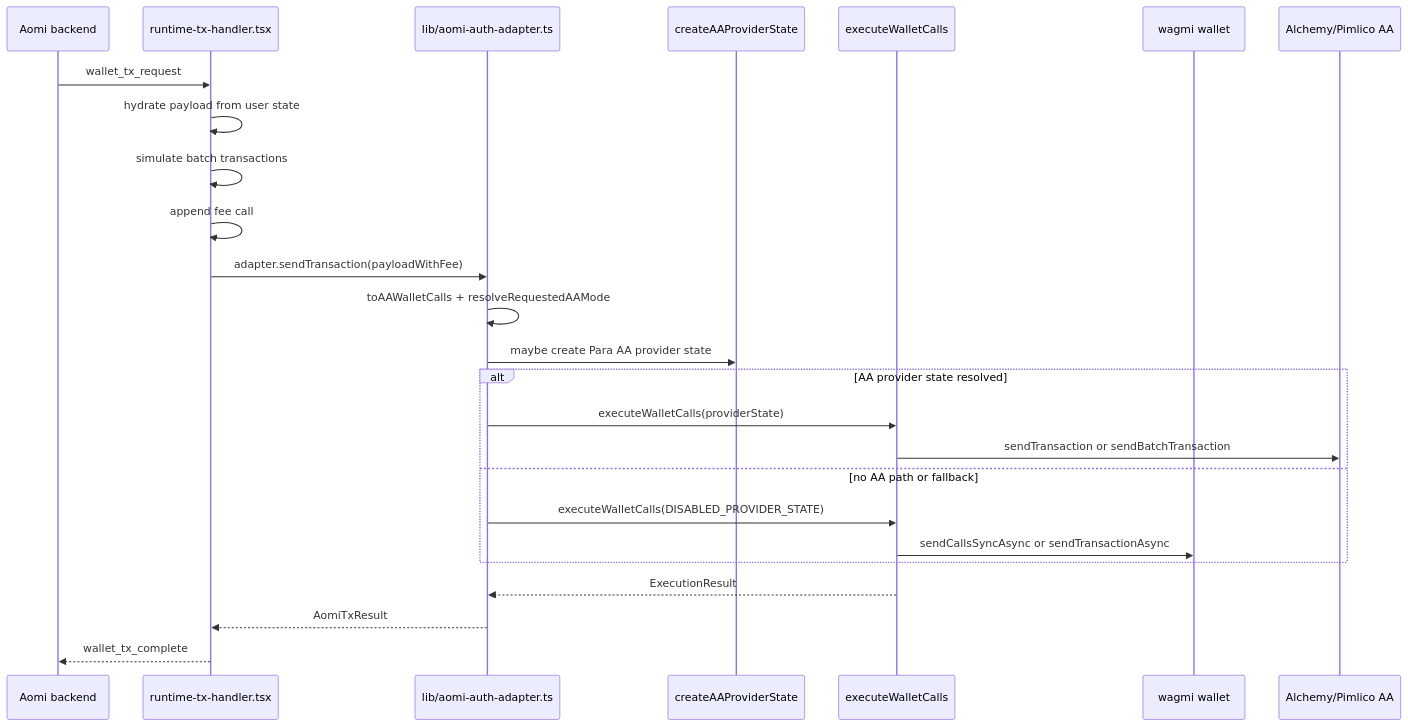
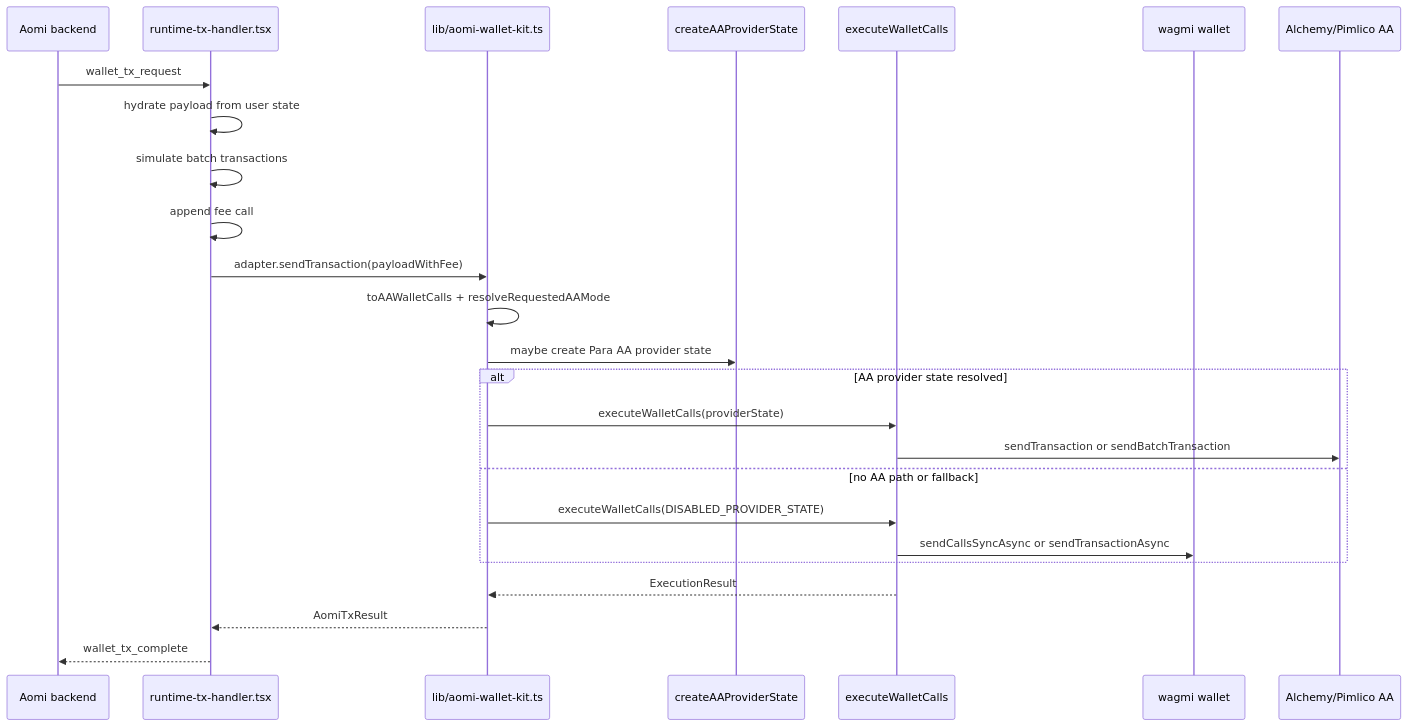
One commit to aomi-labs/aomi-widget changed the eighth of 24 diagrams in specs/WALLET-ADAPTERS-ARCH.md. Above: the diagram before and after it, drawn with Mermaid. The commit also changed other lines of this file and 200 other files, not shown here.

````diff
--- a/specs/WALLET-ADAPTERS-ARCH.md
+++ b/specs/WALLET-ADAPTERS-ARCH.md
@@ -561,28 +561,28 @@
 ```mermaid
 sequenceDiagram
   participant Backend as Aomi backend
   participant Runtime as runtime-tx-handler.tsx
-  participant Legacy as lib/aomi-auth-adapter.ts
+  participant Legacy as lib/aomi-wallet-kit.ts
   participant ParaAA as createAAProviderState
   participant Execute as executeWalletCalls
   participant Wallet as wagmi wallet
   participant Bundler as Alchemy/Pimlico AA
 
   Backend->>Runtime: wallet_tx_request
   Runtime->>Runtime: hydrate payload from user state
   Runtime->>Runtime: simulate batch transactions
   Runtime->>Runtime: append fee call
   Runtime->>Legacy: adapter.sendTransaction(payloadWithFee)
   Legacy->>Legacy: toAAWalletCalls + resolveRequestedAAMode
   Legacy->>ParaAA: maybe create Para AA provider state
   alt AA provider state resolved
     Legacy->>Execute: executeWalletCalls(providerState)
     Execute->>Bundler: sendTransaction or sendBatchTransaction
   else no AA path or fallback
     Legacy->>Execute: executeWalletCalls(DISABLED_PROVIDER_STATE)
     Execute->>Wallet: sendCallsSyncAsync or sendTransactionAsync
   end
   Execute-->>Legacy: ExecutionResult
   Legacy-->>Runtime: AomiTxResult
   Runtime-->>Backend: wallet_tx_complete
 ```
````
